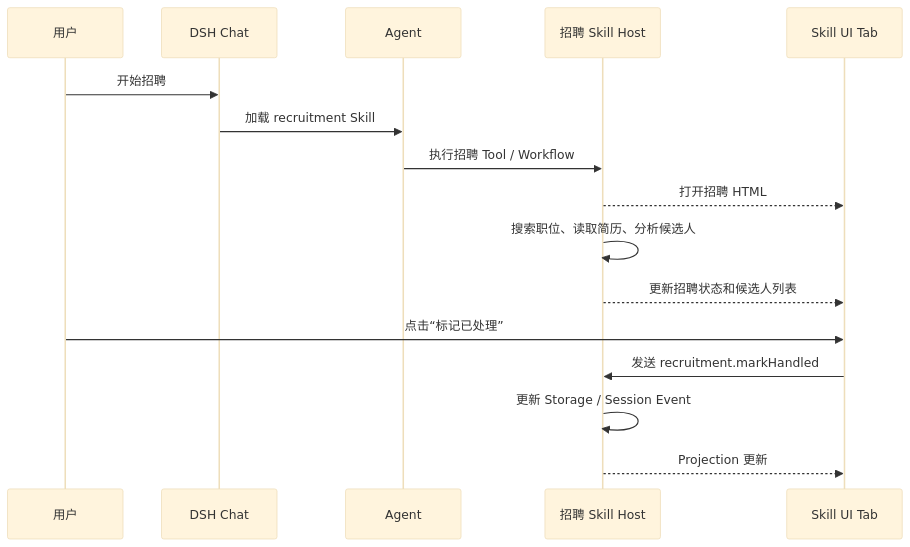
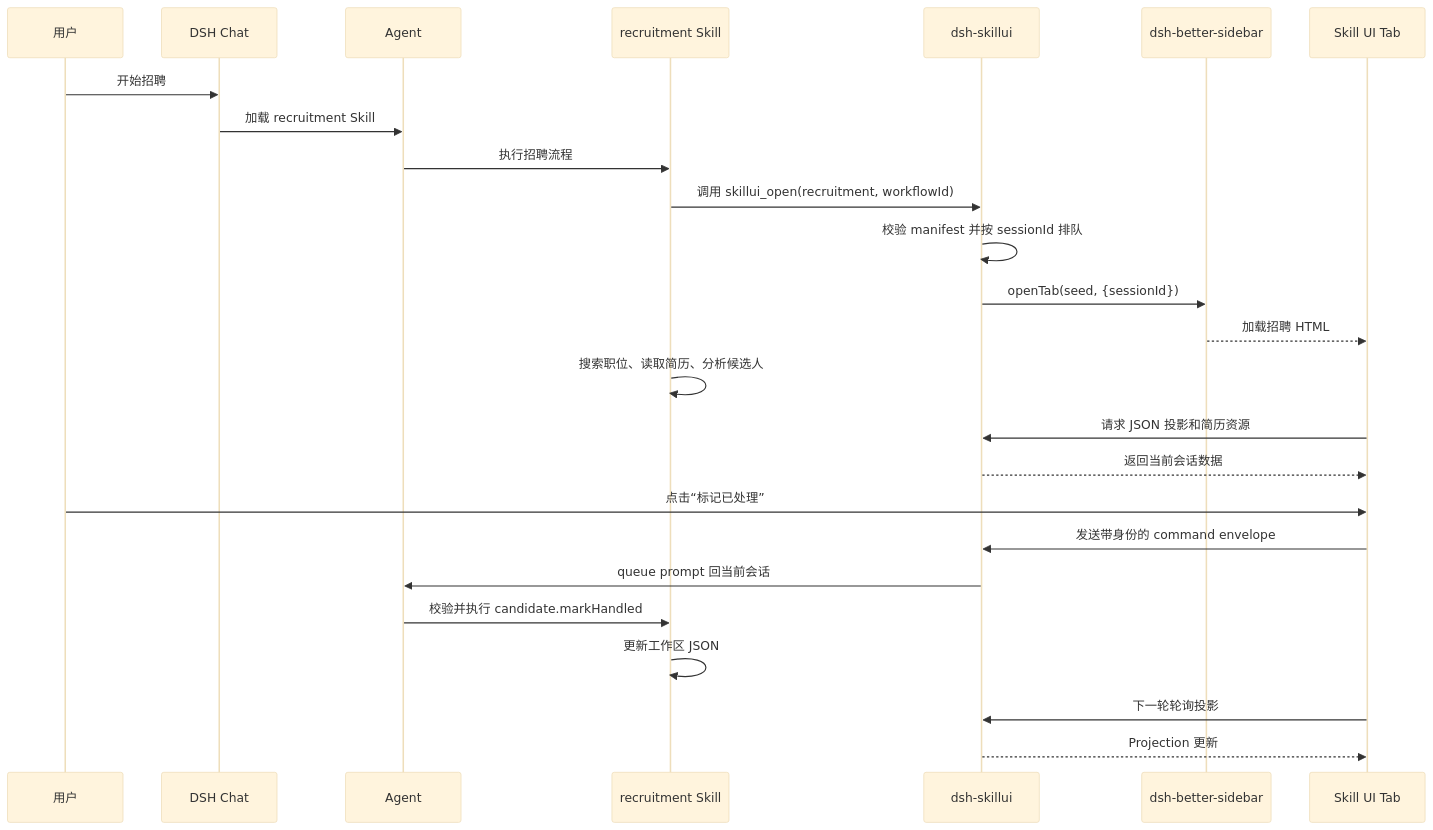
Before and after one commit to jaikensai888/dsh-skillui: the third of 3 diagrams in docs/skill-ui-architecture.md, drawn with Mermaid (base theme). The commit also changed other lines of this file and 24 other files, not shown here.

Commit message:
feat: add generic skill ui runtime

````diff
--- a/docs/skill-ui-architecture.md
+++ b/docs/skill-ui-architecture.md
@@ -89,20 +92,29 @@
 ```mermaid
 sequenceDiagram
     participant User as 用户
     participant Chat as DSH Chat
     participant Agent as Agent
-    participant Host as 招聘 Skill Host
+    participant Skill as recruitment Skill
+    participant Runtime as dsh-skillui
+    participant Sidebar as dsh-better-sidebar
     participant UI as Skill UI Tab
 
     User->>Chat: 开始招聘
     Chat->>Agent: 加载 recruitment Skill
-    Agent->>Host: 执行招聘 Tool / Workflow
-    Host-->>UI: 打开招聘 HTML
-    Host->>Host: 搜索职位、读取简历、分析候选人
-    Host-->>UI: 更新招聘状态和候选人列表
+    Agent->>Skill: 执行招聘流程
+    Skill->>Runtime: 调用 skillui_open(recruitment, workflowId)
+    Runtime->>Runtime: 校验 manifest 并按 sessionId 排队
+    Runtime->>Sidebar: openTab(seed, {sessionId})
+    Sidebar-->>UI: 加载招聘 HTML
+    Skill->>Skill: 搜索职位、读取简历、分析候选人
+    UI->>Runtime: 请求 JSON 投影和简历资源
+    Runtime-->>UI: 返回当前会话数据
 
     User->>UI: 点击“标记已处理”
-    UI->>Host: 发送 recruitment.markHandled
-    Host->>Host: 更新 Storage / Session Event
-    Host-->>UI: Projection 更新
+    UI->>Runtime: 发送带身份的 command envelope
+    Runtime->>Agent: queue prompt 回当前会话
+    Agent->>Skill: 校验并执行 candidate.markHandled
+    Skill->>Skill: 更新工作区 JSON
+    UI->>Runtime: 下一轮轮询投影
+    Runtime-->>UI: Projection 更新
 ```
````
